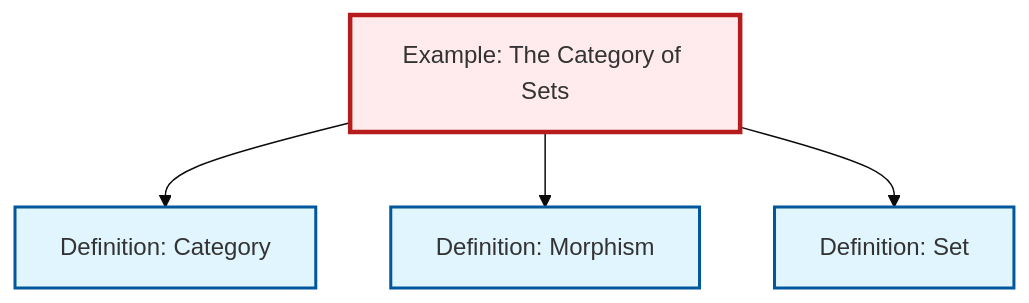
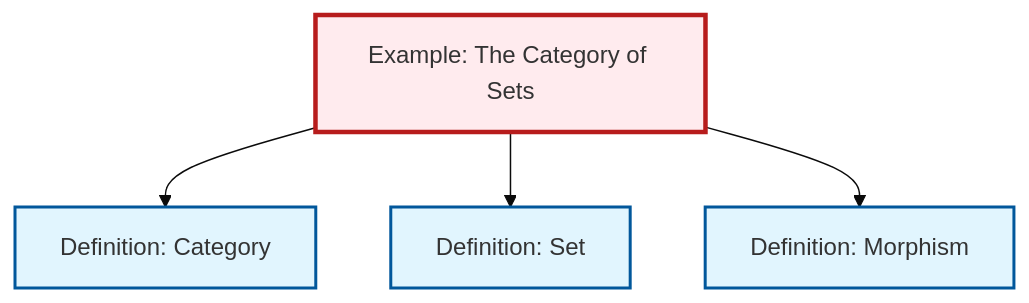
Before and after one commit to RK0429/ModernMath: the diagram in content/en/category-theory/ex-set-category.qmd, drawn with Mermaid (base theme). The commit also changed other lines of this file and 581 other files, not shown here.

````diff
--- a/content/en/category-theory/ex-set-category.qmd
+++ b/content/en/category-theory/ex-set-category.qmd
@@ -68,20 +68,20 @@
 ```{mermaid}
 %%| fig-cap: "Local dependency graph"
 graph TD
     classDef definition fill:#e1f5fe,stroke:#01579b,stroke-width:2px
     classDef theorem fill:#f3e5f5,stroke:#4a148c,stroke-width:2px
     classDef axiom fill:#fff3e0,stroke:#e65100,stroke-width:2px
     classDef example fill:#e8f5e9,stroke:#1b5e20,stroke-width:2px
     classDef current fill:#ffebee,stroke:#b71c1c,stroke-width:3px
     def-morphism["Definition: Morphism"]:::definition
-    def-set["Definition: Set"]:::definition
     def-category["Definition: Category"]:::definition
     ex-set-category["Example: The Category of Sets"]:::example
+    def-set["Definition: Set"]:::definition
     ex-set-category --> def-category
+    ex-set-category --> def-set
     ex-set-category --> def-morphism
-    ex-set-category --> def-set
     class ex-set-category current
     click def-morphism "def-morphism.html" "Go to Morphism definition"
+    click def-category "def-category.html" "Go to Category definition"
     click def-set "def-set.html" "Go to Set definition"
-    click def-category "def-category.html" "Go to Category definition"
 ```
````
